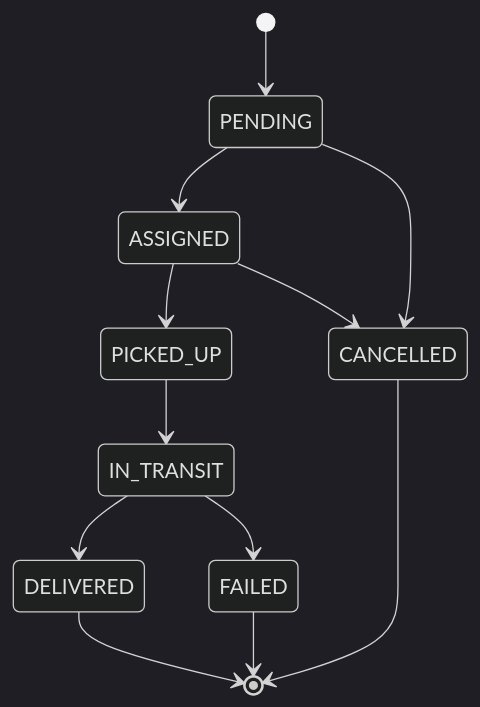
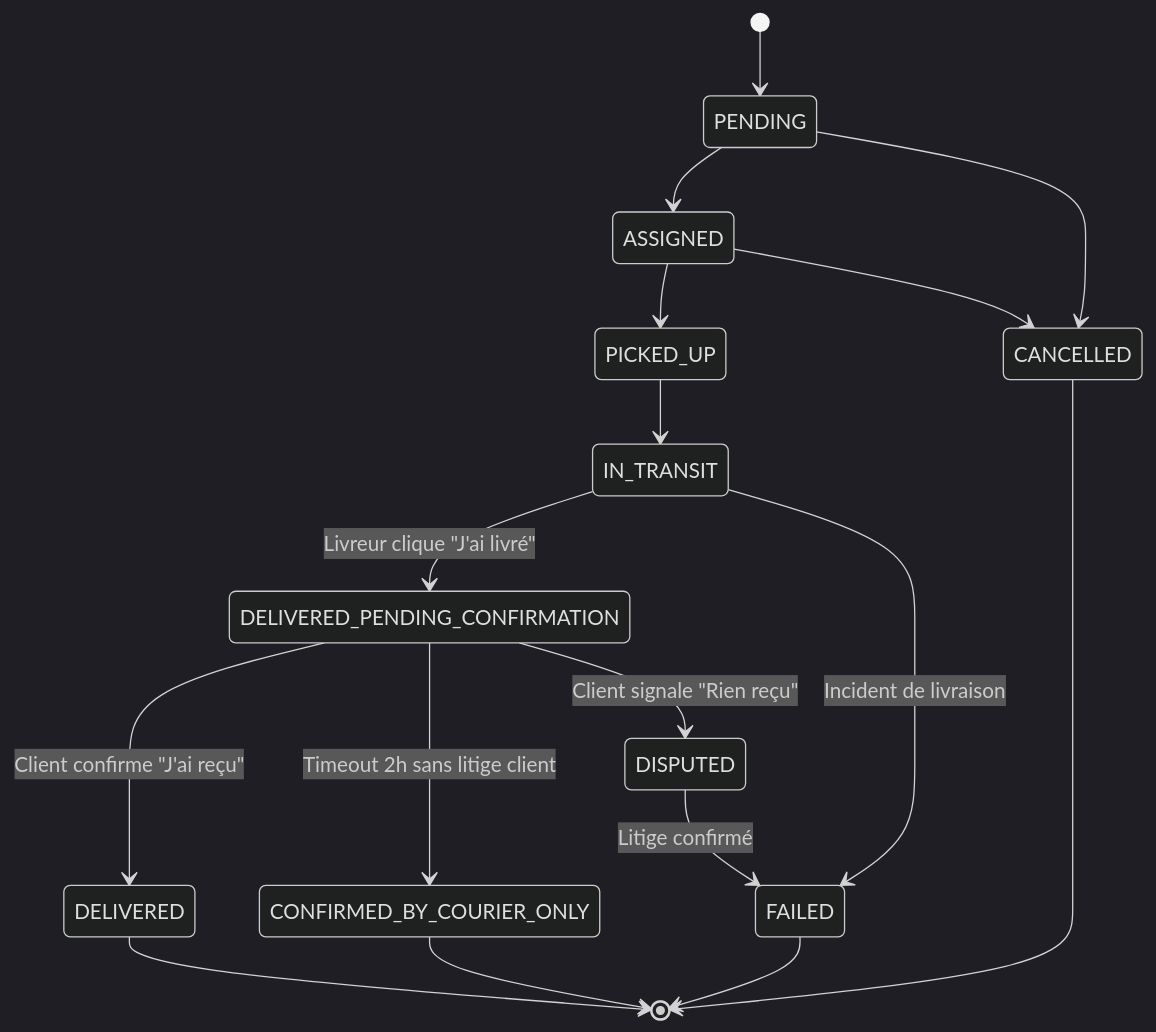
Before and after one commit to durelpro/pleingaz: the seventh of 16 diagrams in docs/03b-machines-etats.md, drawn with Mermaid (dark theme). The commit also changed other lines of this file and 3 other files, not shown here.

````diff
--- a/docs/03b-machines-etats.md
+++ b/docs/03b-machines-etats.md
@@ -121,14 +121,19 @@
 ```mermaid
 stateDiagram-v2
     [*] --> PENDING
     PENDING --> ASSIGNED
     PENDING --> CANCELLED
     ASSIGNED --> PICKED_UP
     ASSIGNED --> CANCELLED
     PICKED_UP --> IN_TRANSIT
-    IN_TRANSIT --> DELIVERED
-    IN_TRANSIT --> FAILED
+    IN_TRANSIT --> DELIVERED_PENDING_CONFIRMATION : Livreur clique "J'ai livré"
+    IN_TRANSIT --> FAILED : Incident de livraison
+    DELIVERED_PENDING_CONFIRMATION --> DELIVERED : Client confirme "J'ai reçu"
+    DELIVERED_PENDING_CONFIRMATION --> CONFIRMED_BY_COURIER_ONLY : Timeout 2h sans litige client
+    DELIVERED_PENDING_CONFIRMATION --> DISPUTED : Client signale "Rien reçu"
     DELIVERED --> [*]
+    CONFIRMED_BY_COURIER_ONLY --> [*]
+    DISPUTED --> FAILED : Litige confirmé
     FAILED --> [*]
     CANCELLED --> [*]
 ```
````
